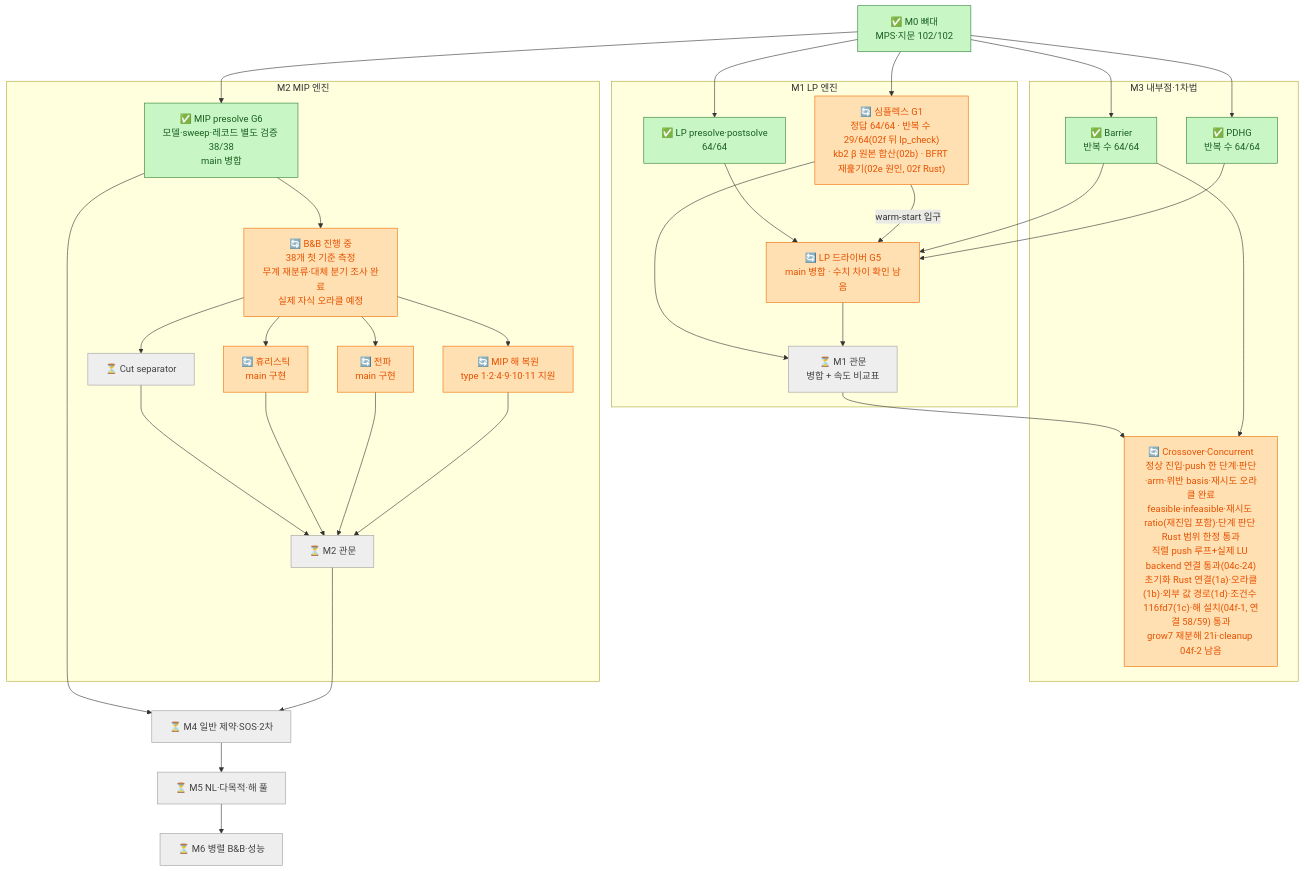
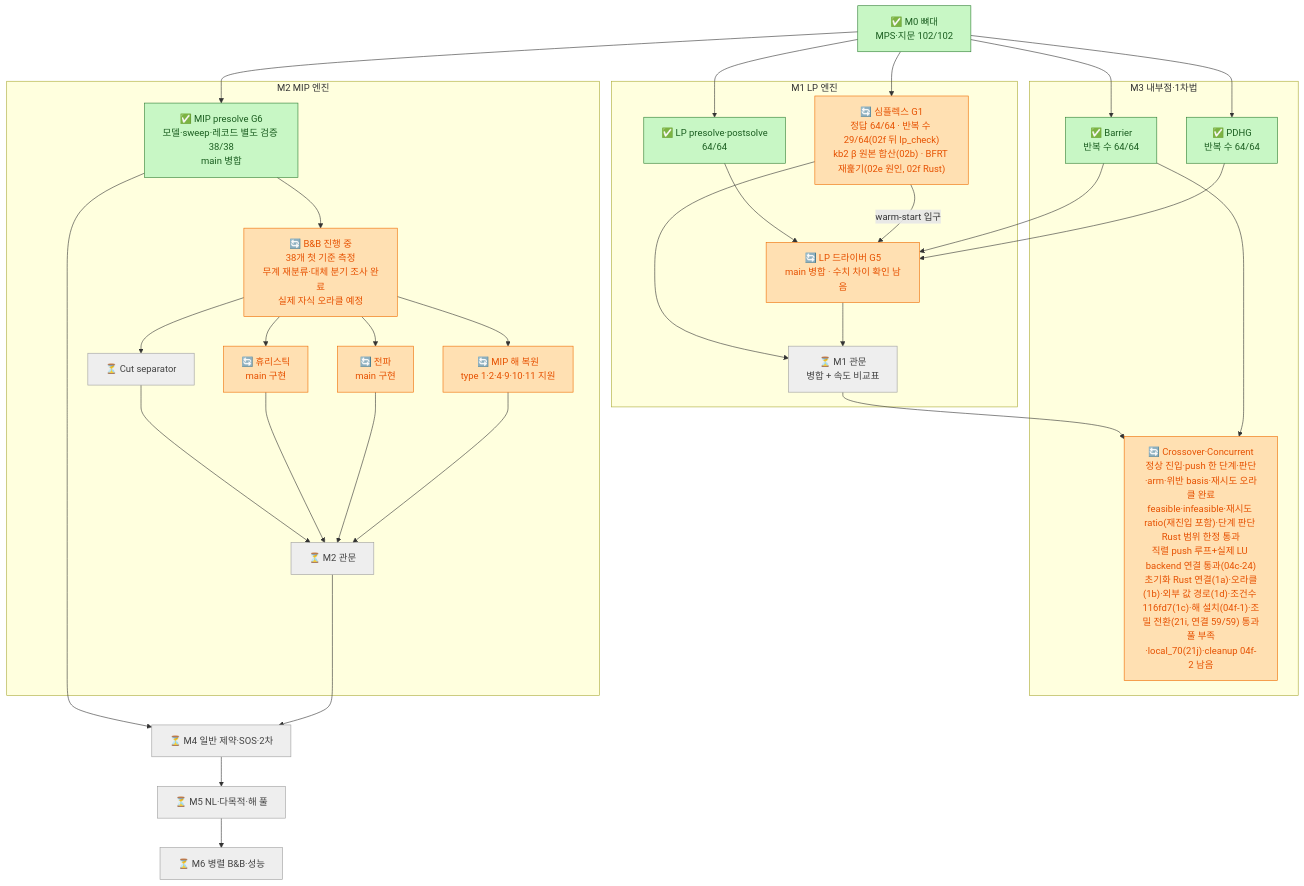
Before and after one commit to kjh278231/kerobi: the diagram in docs/12_roadmap_diagram.md, drawn with Mermaid. The commit also changed 34 other files, not shown here.

Commit message:
M3-04c-21i: 표지 포함 정식 캡처(5모델×3+대조군7)·결과·판정·교훈·인계·진행 문서 — 조밀 LU 21회 비트 일치, push 재분해 28/28(조밀 10), 04f-1 설치 59/59, 변조16·13 거부, Rust 변이23 중 거부20

````diff
--- a/docs/12_roadmap_diagram.md
+++ b/docs/12_roadmap_diagram.md
@@ -207,49 +207,49 @@
 ```mermaid
 flowchart TD
     classDef done fill:#c8f7c5,stroke:#2e7d32,color:#1b5e20
     classDef doing fill:#ffe0b2,stroke:#ef6c00,color:#e65100
     classDef pending fill:#bbdefb,stroke:#1565c0,color:#0d47a1
     classDef todo fill:#eeeeee,stroke:#9e9e9e,color:#424242
 
     M0["✅ M0 뼈대<br/>MPS·지문 102/102"]:::done
 
     subgraph M1["M1 LP 엔진"]
         PRE["✅ LP presolve·postsolve<br/>64/64"]:::done
         SPX["🔄 심플렉스 G1<br/>정답 64/64 · 반복 수 29/64(02f 뒤 lp_check)<br/>kb2 β 원본 합산(02b) · BFRT 재훑기(02e 원인, 02f Rust)"]:::doing
         DRV["🔄 LP 드라이버 G5<br/>main 병합 · 수치 차이 확인 남음"]:::doing
         GATE1["⏳ M1 관문<br/>병합 + 속도 비교표"]:::todo
     end
 
     subgraph M3["M3 내부점·1차법"]
         BAR["✅ Barrier<br/>반복 수 64/64"]:::done
         PDHG["✅ PDHG<br/>반복 수 64/64"]:::done
-        XO["🔄 Crossover·Concurrent<br/>정상 진입·push 한 단계·판단·arm·위반 basis·재시도 오라클 완료<br/>feasible·infeasible·재시도 ratio(재진입 포함)·단계 판단 Rust 범위 한정 통과<br/>직렬 push 루프+실제 LU backend 연결 통과(04c-24)<br/>초기화 Rust 연결(1a)·오라클(1b)·외부 값 경로(1d)·조건수 116fd7(1c)·해 설치(04f-1, 연결 58/59) 통과<br/>grow7 재분해 21i·cleanup 04f-2 남음"]:::doing
+        XO["🔄 Crossover·Concurrent<br/>정상 진입·push 한 단계·판단·arm·위반 basis·재시도 오라클 완료<br/>feasible·infeasible·재시도 ratio(재진입 포함)·단계 판단 Rust 범위 한정 통과<br/>직렬 push 루프+실제 LU backend 연결 통과(04c-24)<br/>초기화 Rust 연결(1a)·오라클(1b)·외부 값 경로(1d)·조건수 116fd7(1c)·해 설치(04f-1)·조밀 전환(21i, 연결 59/59) 통과<br/>풀 부족·local_70(21j)·cleanup 04f-2 남음"]:::doing
     end
 
     subgraph M2["M2 MIP 엔진"]
         MPRE["✅ MIP presolve G6<br/>모델·sweep·레코드 별도 검증 38/38<br/>main 병합"]:::done
         BNB["🔄 B&B 진행 중<br/>38개 첫 기준 측정<br/>무계 재분류·대체 분기 조사 완료<br/>실제 자식 오라클 예정"]:::doing
         CUT["⏳ Cut separator"]:::todo
         HEU["🔄 휴리스틱<br/>main 구현"]:::doing
         PROP["🔄 전파<br/>main 구현"]:::doing
         POST["🔄 MIP 해 복원<br/>type 1·2·4·9·10·11 지원"]:::doing
         GATE2["⏳ M2 관문"]:::todo
     end
 
     M4["⏳ M4 일반 제약·SOS·2차"]:::todo
     M5["⏳ M5 NL·다목적·해 풀"]:::todo
     M6["⏳ M6 병렬 B&B·성능"]:::todo
 
     M0 --> PRE & SPX & BAR & PDHG & MPRE
     PRE --> DRV
     BAR & PDHG --> DRV
     SPX -- "warm-start 입구" --> DRV
     SPX & DRV --> GATE1
     GATE1 --> XO
     BAR --> XO
     MPRE --> BNB
     BNB --> CUT & HEU & PROP & POST
     CUT & HEU & PROP & POST --> GATE2
     MPRE --> M4
     GATE2 --> M4 --> M5 --> M6
 ```
````
